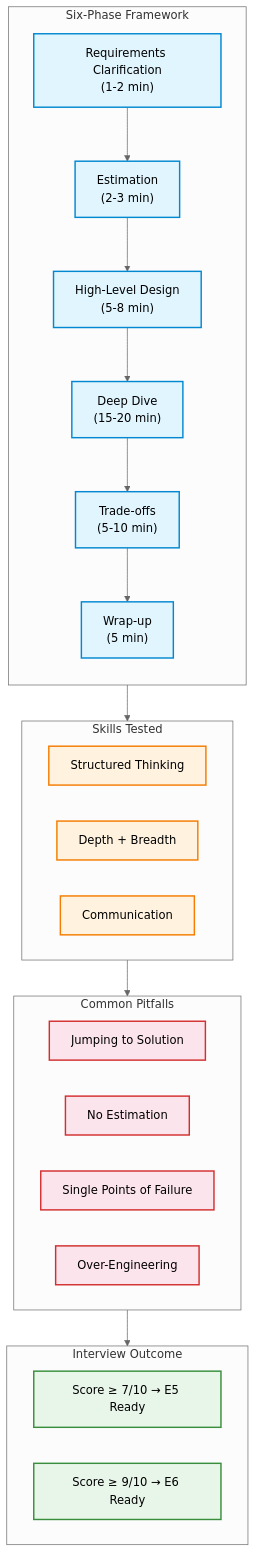
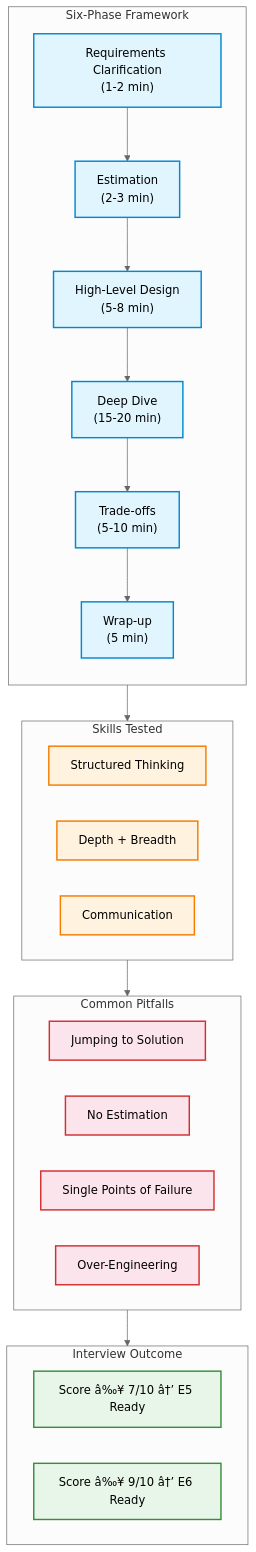
The diagram in docs/courses/system-design/24-interview-preparation.md (Raushan666java/ai-engineering-journey), drawn with Mermaid (neutral theme) before and after one commit. The commit also changed other lines of this file and 735 other files, not shown here.

````diff
--- a/docs/courses/system-design/24-interview-preparation.md
+++ b/docs/courses/system-design/24-interview-preparation.md
@@ -50,40 +50,40 @@
 ```mermaid
 flowchart TB
     classDef phase fill:#e1f5fe,stroke:#0288d1,stroke-width:2px
     classDef skill fill:#fff3e0,stroke:#f57c00,stroke-width:2px
     classDef action fill:#e8f5e9,stroke:#388e3c,stroke-width:2px
     classDef warning fill:#fce4ec,stroke:#d32f2f,stroke-width:2px
 
     subgraph Framework["Six-Phase Framework"]
         direction TB
         R["Requirements Clarification<br/>(1-2 min)"]:::phase
         E["Estimation<br/>(2-3 min)"]:::phase
         H["High-Level Design<br/>(5-8 min)"]:::phase
         D["Deep Dive<br/>(15-20 min)"]:::phase
         T["Trade-offs<br/>(5-10 min)"]:::phase
         W["Wrap-up<br/>(5 min)"]:::phase
         R --> E --> H --> D --> T --> W
     end
 
     subgraph Skills["Skills Tested"]
         S1["Structured Thinking"]:::skill
         S2["Depth + Breadth"]:::skill
         S3["Communication"]:::skill
     end
 
     subgraph Pitfalls["Common Pitfalls"]
         P1["Jumping to Solution"]:::warning
         P2["No Estimation"]:::warning
         P3["Single Points of Failure"]:::warning
         P4["Over-Engineering"]:::warning
     end
 
     subgraph Outcome["Interview Outcome"]
-        O1["Score ≥ 7/10 → E5 Ready"]:::action
-        O2["Score ≥ 9/10 → E6 Ready"]:::action
+        O1["Score â‰¥ 7/10 â†’ E5 Ready"]:::action
+        O2["Score â‰¥ 9/10 â†’ E6 Ready"]:::action
     end
 
     Framework --> Skills
     Skills --> Pitfalls
     Pitfalls --> Outcome
 ```
````
